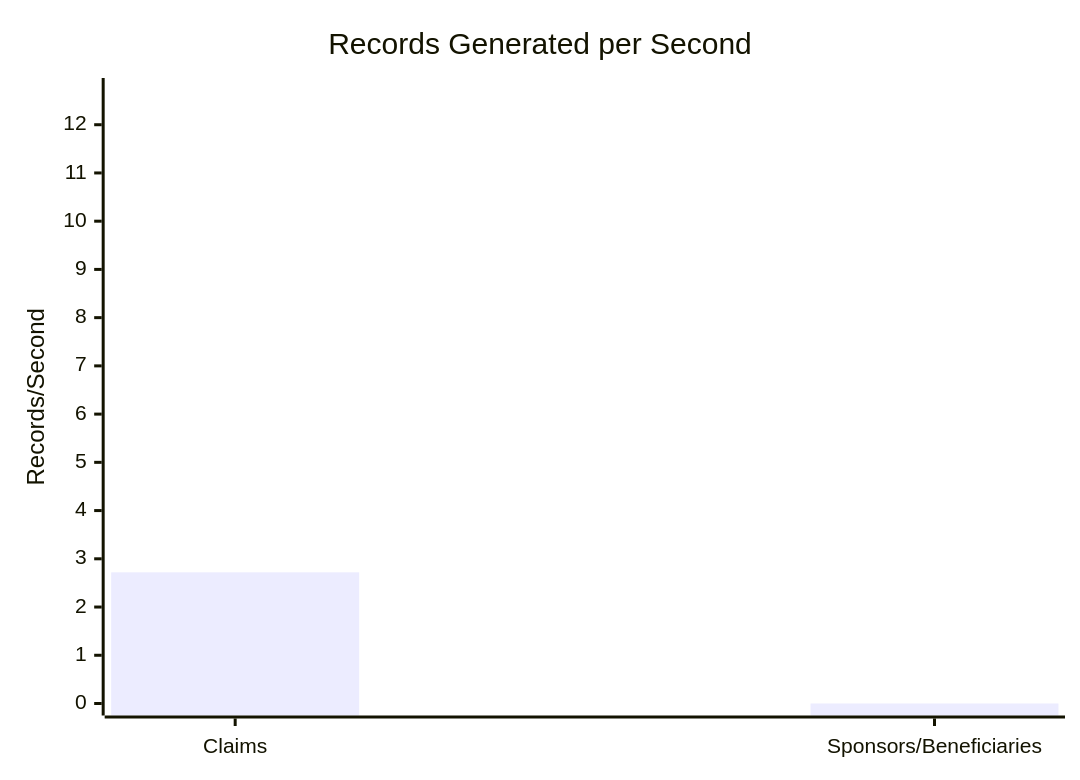
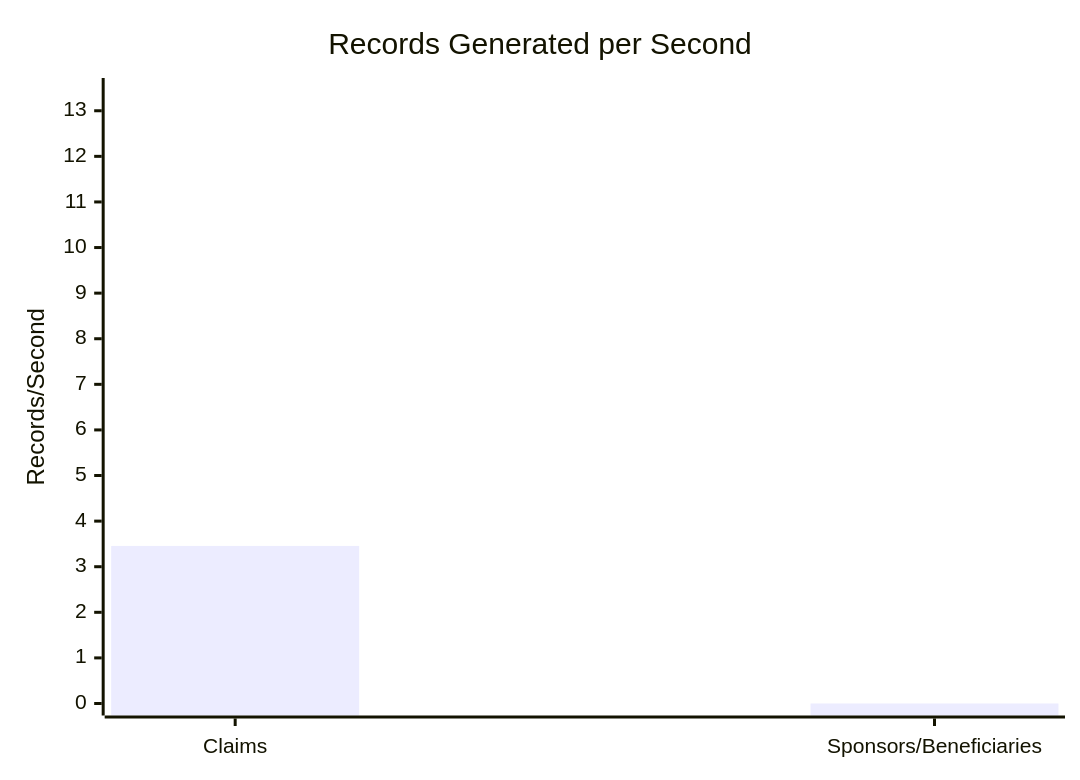
Before and after one commit to dhagan-va/intern-2025: the first of 11 diagrams in test-tools/DataGen/src/Statistics_Visualizer.md, drawn with Mermaid. The commit also changed other lines of this file and 3 other files, not shown here.

````diff
--- a/test-tools/DataGen/src/Statistics_Visualizer.md
+++ b/test-tools/DataGen/src/Statistics_Visualizer.md
@@ -18,7 +18,7 @@
 ```mermaid
 xychart-beta
     title "Records Generated per Second"
     x-axis ["Claims", "Sponsors/Beneficiaries"]
-    y-axis "Records/Second" 0 --> 12.719850995683053
-    bar [2.7198509956830526, 0.0]
+    y-axis "Records/Second" 0 --> 13.455279355880643
+    bar [3.4552793558806436, 0.0]
 ```
````
